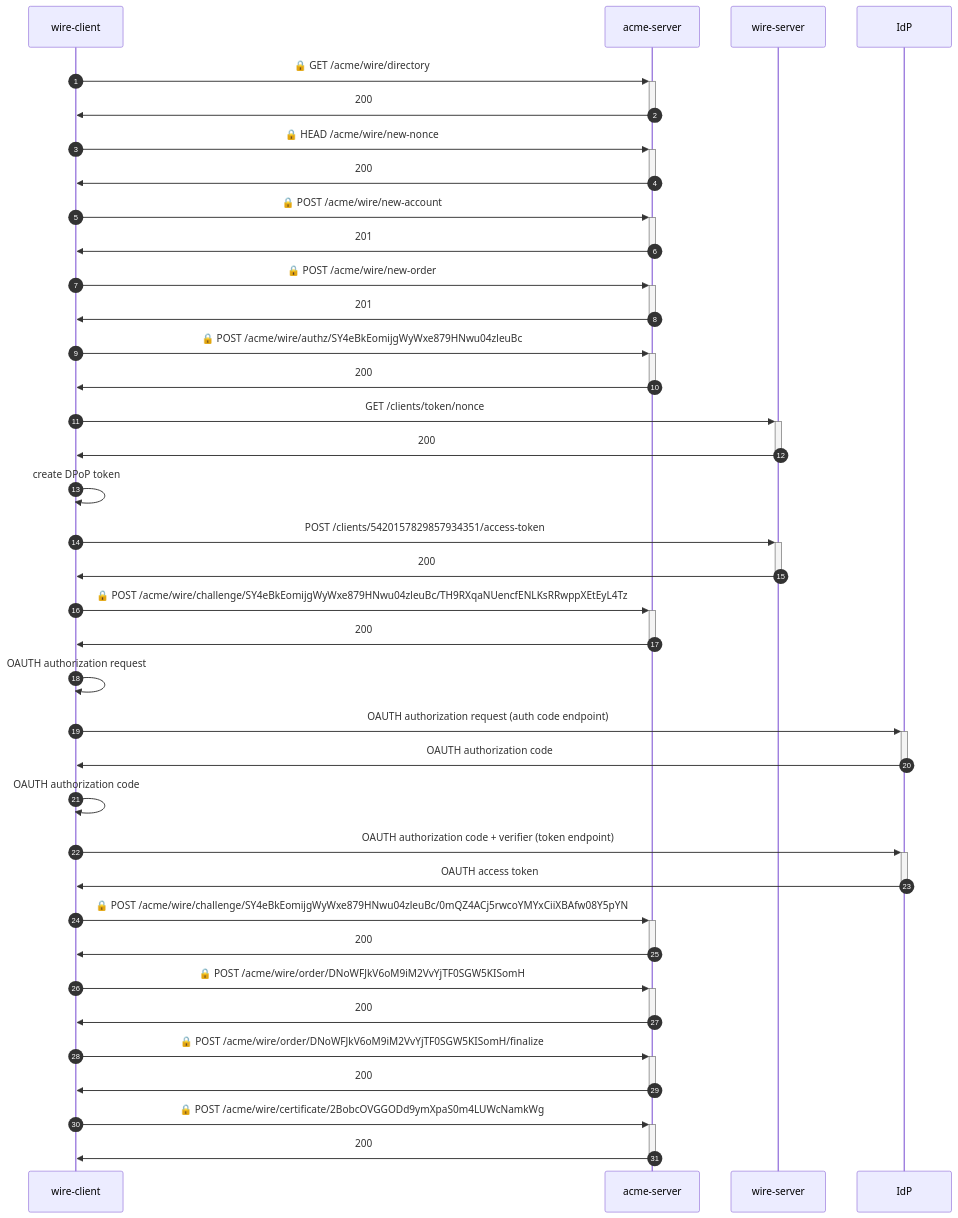
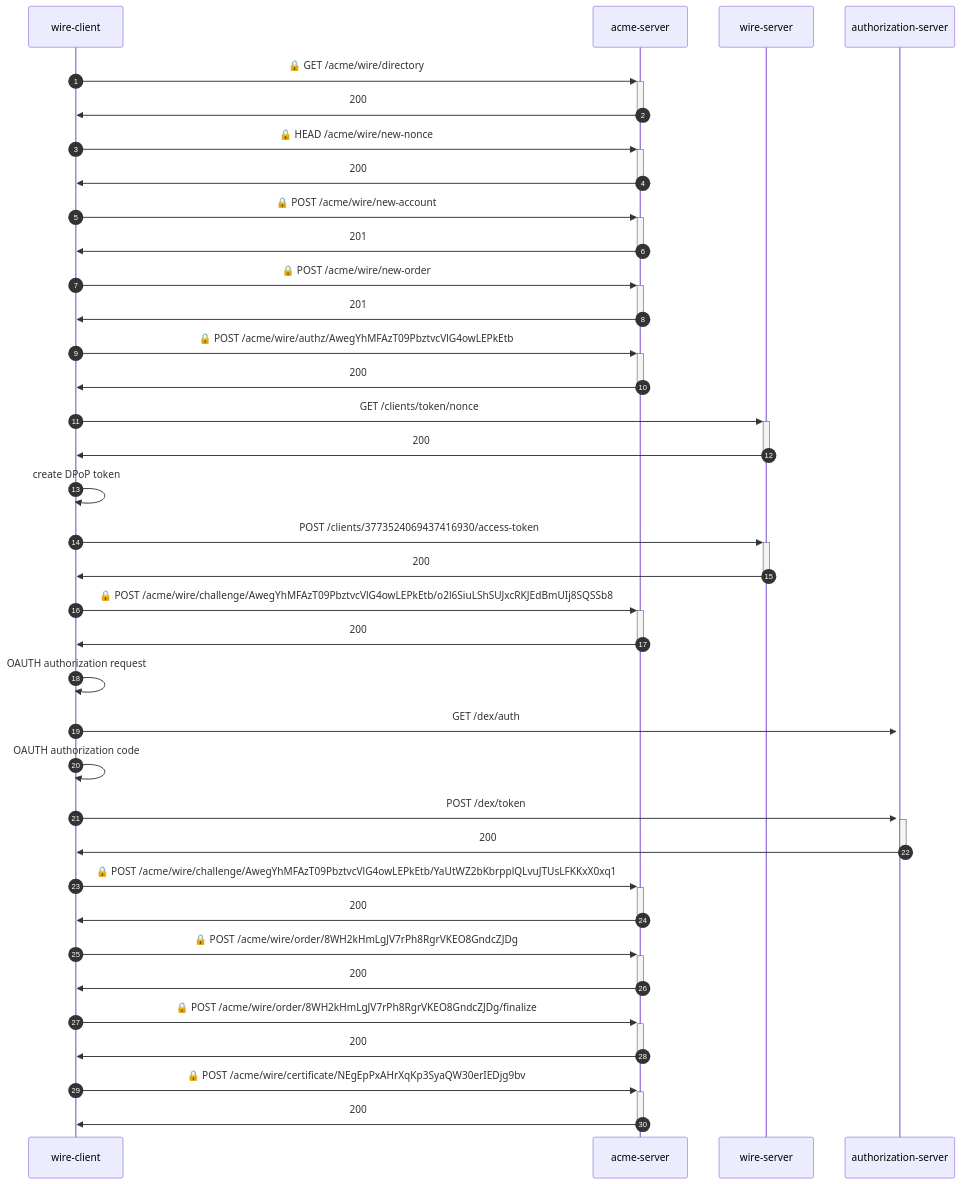
One commit to wireapp/rusty-jwt-tools changed the diagram in e2e-identity/README.md. Above: the diagram before and after it, drawn with Mermaid. The commit also changed other lines of this file and 1 other file, not shown here.

````diff
--- a/e2e-identity/README.md
+++ b/e2e-identity/README.md
@@ -3,35 +3,34 @@
 ```mermaid
 sequenceDiagram
     autonumber
     wire-client->>+acme-server: 🔒 GET /acme/wire/directory
     acme-server->>-wire-client: 200
     wire-client->>+acme-server: 🔒 HEAD /acme/wire/new-nonce
     acme-server->>-wire-client: 200
     wire-client->>+acme-server: 🔒 POST /acme/wire/new-account
     acme-server->>-wire-client: 201
     wire-client->>+acme-server: 🔒 POST /acme/wire/new-order
     acme-server->>-wire-client: 201
-    wire-client->>+acme-server: 🔒 POST /acme/wire/authz/SY4eBkEomijgWyWxe879HNwu04zleuBc
+    wire-client->>+acme-server: 🔒 POST /acme/wire/authz/AwegYhMFAzT09PbztvcVlG4owLEPkEtb
     acme-server->>-wire-client: 200
     wire-client->>+wire-server:  GET /clients/token/nonce
     wire-server->>-wire-client: 200
     wire-client->>wire-client: create DPoP token
-    wire-client->>+wire-server:  POST /clients/5420157829857934351/access-token
+    wire-client->>+wire-server:  POST /clients/3773524069437416930/access-token
     wire-server->>-wire-client: 200
-    wire-client->>+acme-server: 🔒 POST /acme/wire/challenge/SY4eBkEomijgWyWxe879HNwu04zleuBc/TH9RXqaNUencfENLKsRRwppXEtEyL4Tz
+    wire-client->>+acme-server: 🔒 POST /acme/wire/challenge/AwegYhMFAzT09PbztvcVlG4owLEPkEtb/o2l6SiuLShSUJxcRKJEdBmUIj8SQSSb8
     acme-server->>-wire-client: 200
-    wire-client->>wire-client: OAUTH authorization request 
-    wire-client->>+IdP: OAUTH authorization request (auth code endpoint)
-    IdP->>-wire-client: OAUTH authorization code
+    wire-client->>wire-client: OAUTH authorization request
+    wire-client->>+authorization-server:  GET /dex/auth
     wire-client->>wire-client: OAUTH authorization code
-    wire-client->>+IdP: OAUTH authorization code + verifier (token endpoint)
-    IdP->>-wire-client: OAUTH access token
-    wire-client->>+acme-server: 🔒 POST /acme/wire/challenge/SY4eBkEomijgWyWxe879HNwu04zleuBc/0mQZ4ACj5rwcoYMYxCiiXBAfw08Y5pYN
+    wire-client->>+authorization-server:  POST /dex/token
+    authorization-server->>-wire-client: 200
+    wire-client->>+acme-server: 🔒 POST /acme/wire/challenge/AwegYhMFAzT09PbztvcVlG4owLEPkEtb/YaUtWZ2bKbrpplQLvuJTUsLFKKxX0xq1
     acme-server->>-wire-client: 200
-    wire-client->>+acme-server: 🔒 POST /acme/wire/order/DNoWFJkV6oM9iM2VvYjTF0SGW5KISomH
+    wire-client->>+acme-server: 🔒 POST /acme/wire/order/8WH2kHmLgJV7rPh8RgrVKEO8GndcZJDg
     acme-server->>-wire-client: 200
-    wire-client->>+acme-server: 🔒 POST /acme/wire/order/DNoWFJkV6oM9iM2VvYjTF0SGW5KISomH/finalize
+    wire-client->>+acme-server: 🔒 POST /acme/wire/order/8WH2kHmLgJV7rPh8RgrVKEO8GndcZJDg/finalize
     acme-server->>-wire-client: 200
-    wire-client->>+acme-server: 🔒 POST /acme/wire/certificate/2BobcOVGGODd9ymXpaS0m4LUWcNamkWg
+    wire-client->>+acme-server: 🔒 POST /acme/wire/certificate/NEgEpPxAHrXqKp3SyaQW30erIEDjg9bv
     acme-server->>-wire-client: 200
 ```
````
